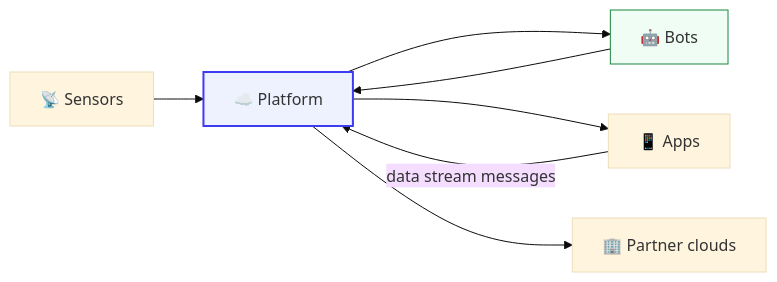
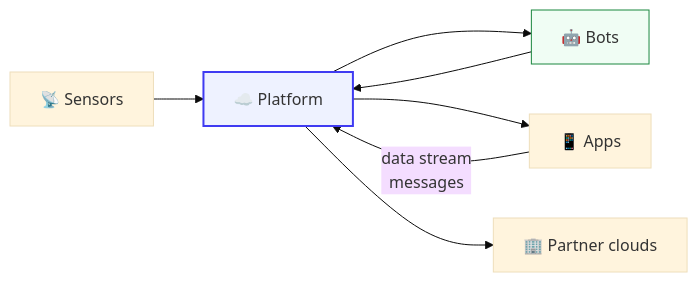
The diagram in guides/README.md (CareDailyAI/docs), drawn with Mermaid (base theme) before and after one commit. The commit also changed 30 other files, not shown here.

First line of the commit message:
Diagrams: wrap every flowchart label to short rows so Chrome stops clipping them

````diff
--- a/guides/README.md
+++ b/guides/README.md
@@ -12,10 +12,10 @@
 ```mermaid
 flowchart LR
     S["📡 Sensors"] --> P["☁️ Platform"] --> B["🤖 Bots"]
     B --> P
     P --> A["📱 Apps"]
     P --> X["🏢 Partner clouds"]
-    A -->|"data stream messages"| P
+    A -->|"data stream<br/>messages"| P
     style P fill:#eef2ff,stroke:#3f3bf2,stroke-width:2px
     style B fill:#f0fdf4,stroke:#1b873f
 ```
````
